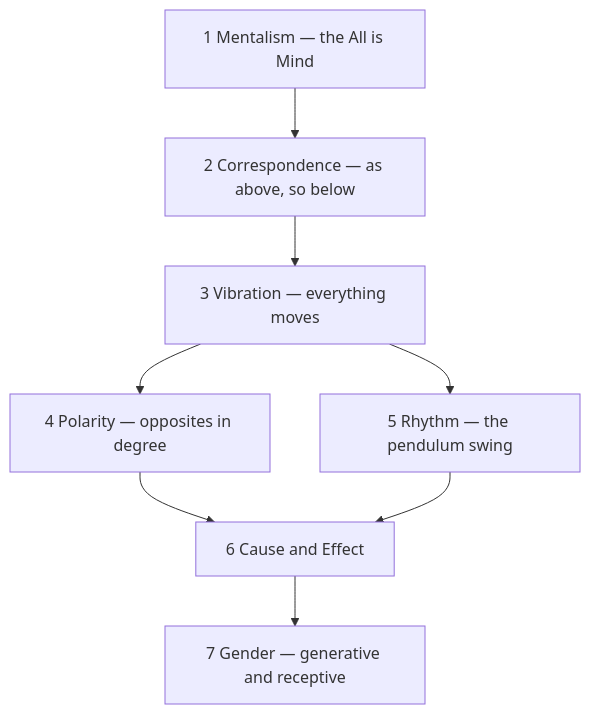
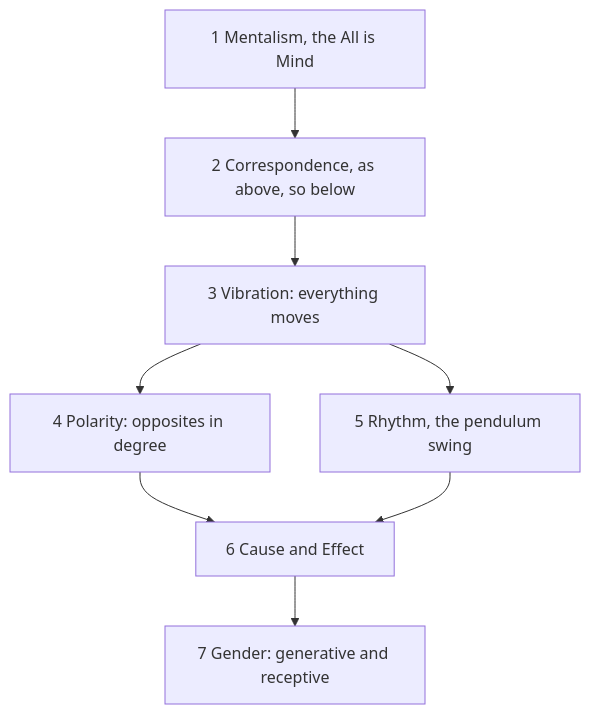
The diagram in data/knowledge/spirituality/hermeticism/index.md (kennethreitz/kennethreitz.org), drawn with Mermaid before and after one commit. The commit also changed other lines of this file and 879 other files, not shown here.

````diff
--- a/data/knowledge/spirituality/hermeticism/index.md
+++ b/data/knowledge/spirituality/hermeticism/index.md
@@ -28,11 +28,11 @@
 ```mermaid
 flowchart TD
-    ME["1 Mentalism — the All is Mind"]
-    ME --> CO["2 Correspondence — as above, so below"]
-    CO --> VI["3 Vibration — everything moves"]
-    VI --> PO["4 Polarity — opposites in degree"]
-    VI --> RH["5 Rhythm — the pendulum swing"]
+    ME["1 Mentalism, the All is Mind"]
+    ME --> CO["2 Correspondence, as above, so below"]
+    CO --> VI["3 Vibration: everything moves"]
+    VI --> PO["4 Polarity: opposites in degree"]
+    VI --> RH["5 Rhythm, the pendulum swing"]
     PO --> CE["6 Cause and Effect"]
     RH --> CE
-    CE --> GE["7 Gender — generative and receptive"]
+    CE --> GE["7 Gender: generative and receptive"]
 ```
````
